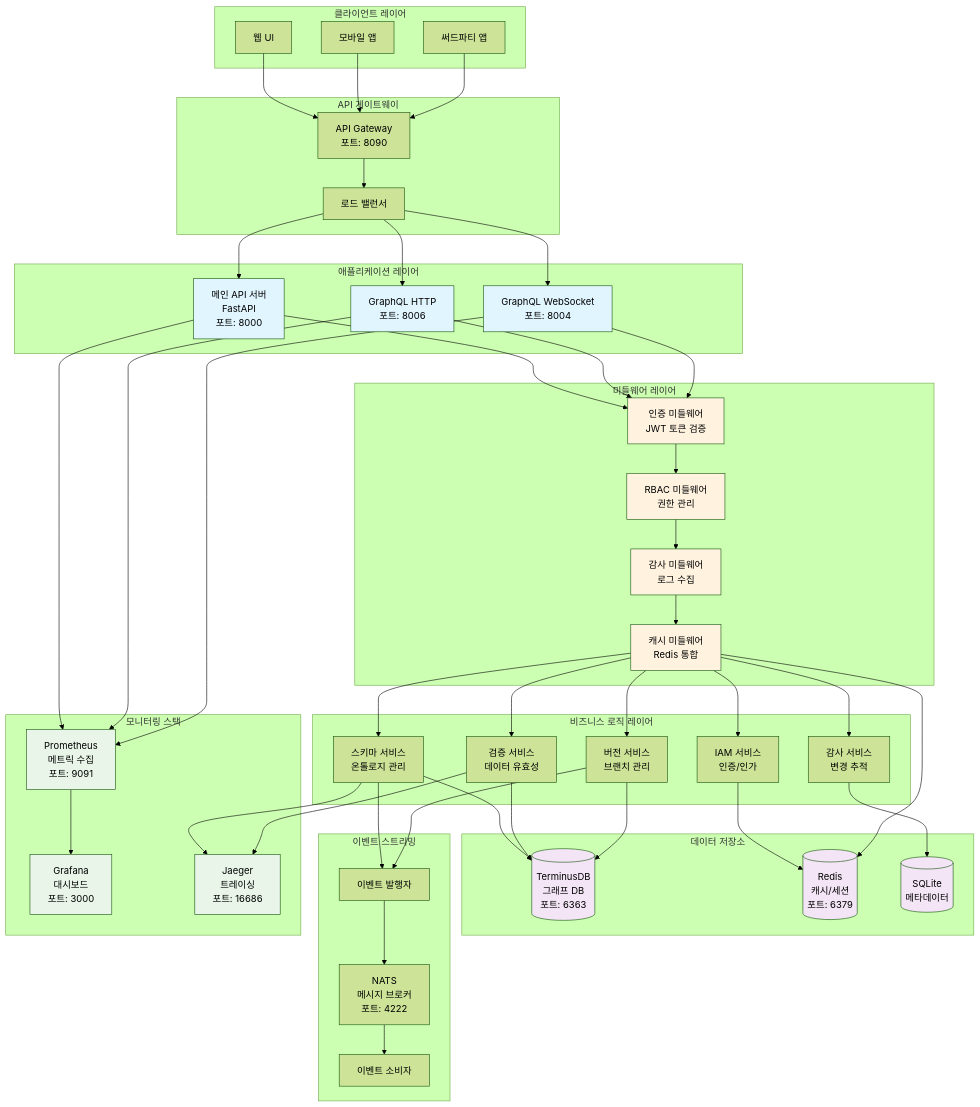
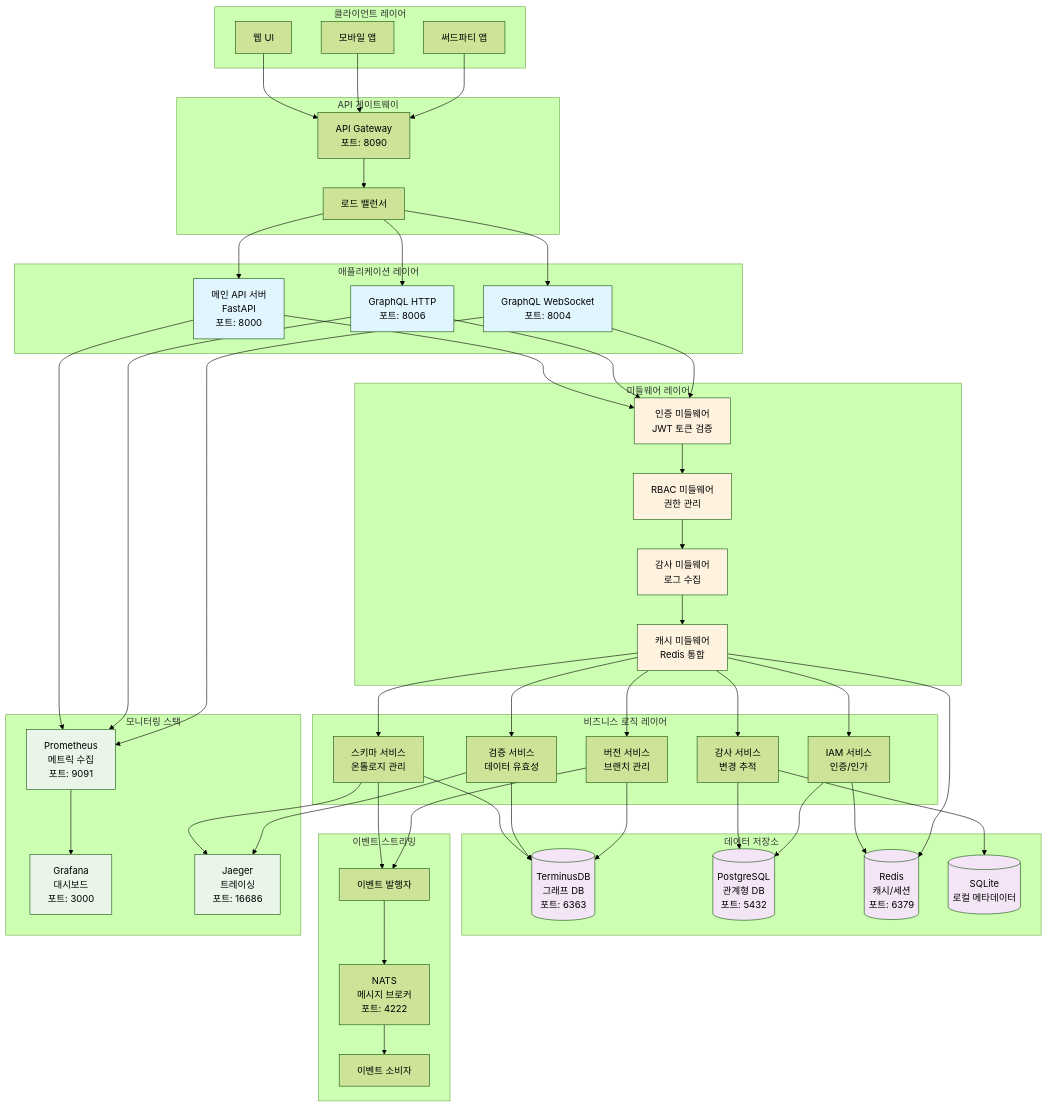
The first of 2 diagrams in oms-monolith/README.md (ludia8888/Icon-Blaster), drawn with Mermaid (forest theme) before and after one commit. The commit also changed other lines of this file and 1 other file, not shown here.

First line of the commit message:
docs: PostgreSQL 하이브리드 데이터베이스 아키텍처 문서 업데이트

````diff
--- a/oms-monolith/README.md
+++ b/oms-monolith/README.md
@@ -76,8 +76,9 @@
 
     subgraph "데이터 저장소"
         TerminusDB[(TerminusDB<br/>그래프 DB<br/>포트: 6363)]
+        PostgreSQL[(PostgreSQL<br/>관계형 DB<br/>포트: 5432)]
         Redis[(Redis<br/>캐시/세션<br/>포트: 6379)]
-        SQLite[(SQLite<br/>메타데이터)]
+        SQLite[(SQLite<br/>로컬 메타데이터)]
     end
 
     subgraph "이벤트 스트리밍"
@@ -119,7 +120,9 @@
     SchemaService --> TerminusDB
     ValidationService --> TerminusDB
     VersionService --> TerminusDB
+    AuditService --> PostgreSQL
     AuditService --> SQLite
+    IAMService --> PostgreSQL
     IAMService --> Redis
 
     CacheMiddleware --> Redis
@@ -143,7 +146,7 @@
     classDef middlewareLayer fill:#fff3e0
 
     class MainAPI,GraphQLHTTP,GraphQLWS apiLayer
-    class TerminusDB,Redis,SQLite dataLayer
+    class TerminusDB,PostgreSQL,Redis,SQLite dataLayer
     class Prometheus,Grafana,Jaeger monitoringLayer
     class AuthMiddleware,RBACMiddleware,AuditMiddleware,CacheMiddleware middlewareLayer
 ```
````
